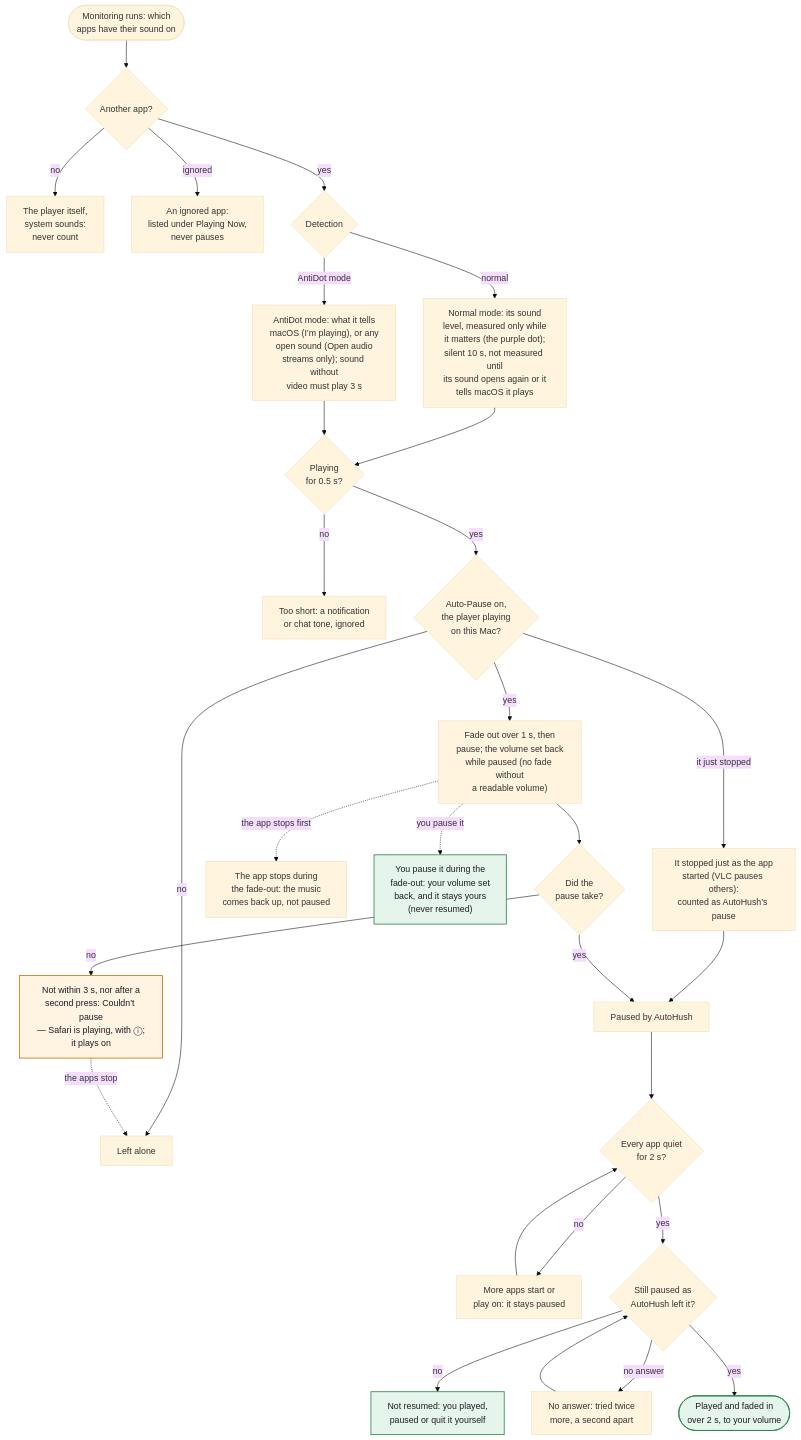
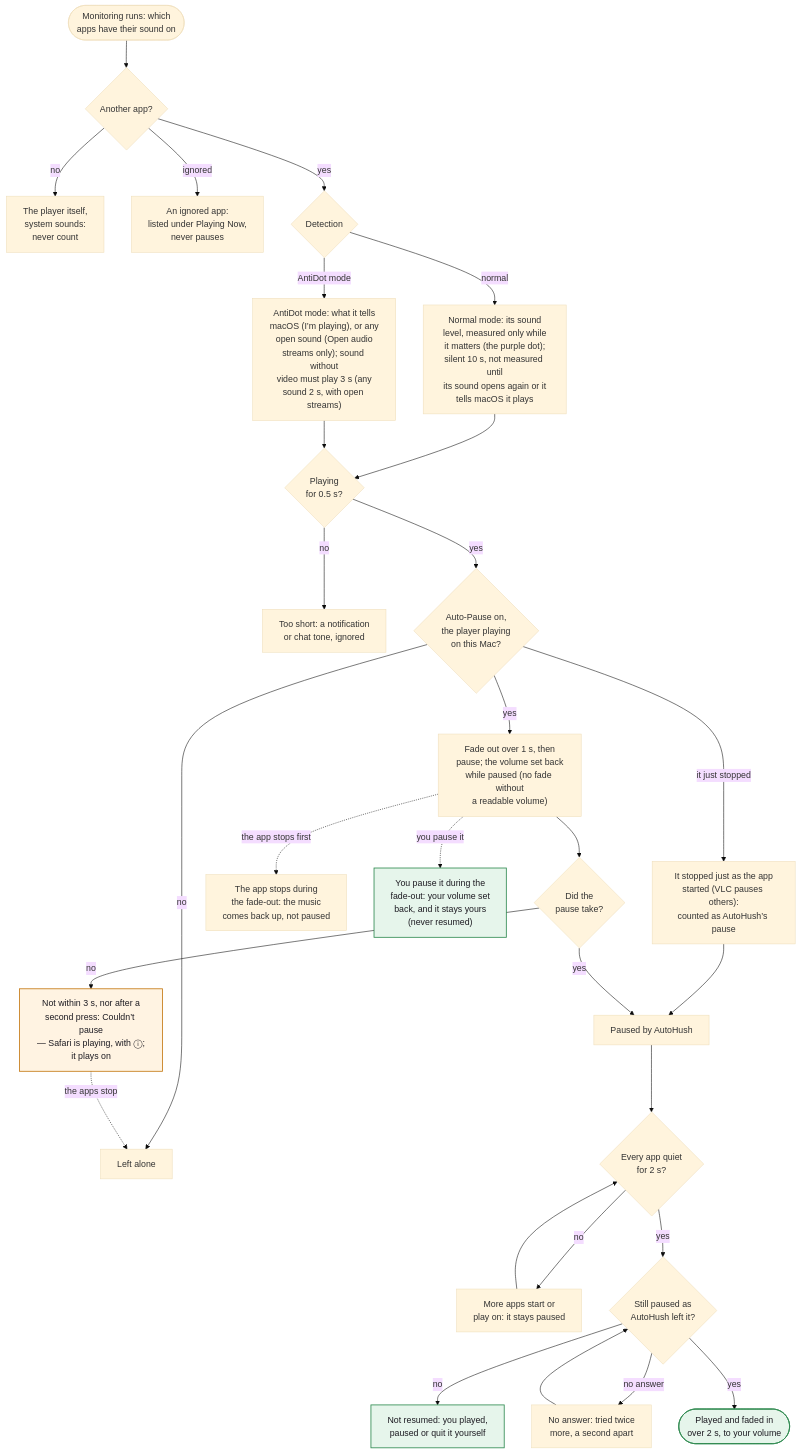
One commit to hfustercabre/AutoHush changed the third of 14 diagrams in WORKFLOWS.md. Above: the diagram before and after it, drawn with Mermaid (base theme). The commit also changed 10 other files, not shown here.

First line of the commit message:
fix: Open audio streams only ignores notification sounds

````diff
--- a/WORKFLOWS.md
+++ b/WORKFLOWS.md
@@ -136,56 +136,56 @@
 ```mermaid
 flowchart TD
   S(["Monitoring runs: which<br/>apps have their sound on"])
   F{"Another app?"}
   OWN["The player itself,<br/>system sounds:<br/>never count"]
   IGN["An ignored app:<br/>listed under Playing Now,<br/>never pauses"]
   DM{"Detection"}
   NORM["Normal mode: its sound<br/>level, measured only while<br/>it matters (the purple dot);<br/>silent 10 s, not measured until<br/>its sound opens again or it<br/>tells macOS it plays"]
-  ANTI["AntiDot mode: what it tells<br/>macOS (I’m playing), or any<br/>open sound (Open audio<br/>streams only); sound without<br/>video must play 3 s"]
+  ANTI["AntiDot mode: what it tells<br/>macOS (I’m playing), or any<br/>open sound (Open audio<br/>streams only); sound without<br/>video must play 3 s (any<br/>sound 2 s, with open streams)"]
   T{"Playing<br/>for 0.5 s?"}
   TONE["Too short: a notification<br/>or chat tone, ignored"]
   AP{"Auto-Pause on,<br/>the player playing<br/>on this Mac?"}
   LEFT["Left alone"]
   TOOK["It stopped just as the app<br/>started (VLC pauses others):<br/>counted as AutoHush’s pause"]
   FO["Fade out over 1 s, then<br/>pause; the volume set back<br/>while paused (no fade without<br/>a readable volume)"]
   BACK["The app stops during<br/>the fade-out: the music<br/>comes back up, not paused"]
   YOURS["You pause it during the<br/>fade-out: your volume set<br/>back, and it stays yours<br/>(never resumed)"]
   PC{"Did the<br/>pause take?"}
   FAIL["Not within 3 s, nor after a<br/>second press: Couldn’t pause<br/>— Safari is playing, with ⓘ;<br/>it plays on"]
   PA["Paused by AutoHush"]
   Q{"Every app quiet<br/>for 2 s?"}
   MORE["More apps start or<br/>play on: it stays paused"]
   CHK{"Still paused as<br/>AutoHush left it?"}
   USER["Not resumed: you played,<br/>paused or quit it yourself"]
   RETRY["No answer: tried twice<br/>more, a second apart"]
   FI(["Played and faded in<br/>over 2 s, to your volume"])
 
   S --> F
   F -->|"no"| OWN
   F -->|"ignored"| IGN
   F -->|"yes"| DM
   DM -->|"normal"| NORM --> T
   DM -->|"AntiDot mode"| ANTI --> T
   T -->|"no"| TONE
   T -->|"yes"| AP
   AP -->|"no"| LEFT
   AP -->|"it just stopped"| TOOK --> PA
   AP -->|"yes"| FO
   FO -.->|"the app stops first"| BACK
   FO -.->|"you pause it"| YOURS
   FO --> PC
   PC -->|"no"| FAIL
   PC -->|"yes"| PA
   FAIL -.->|"the apps stop"| LEFT
   PA --> Q
   Q -->|"no"| MORE --> Q
   Q -->|"yes"| CHK
   CHK -->|"no"| USER
   CHK -->|"no answer"| RETRY --> CHK
   CHK -->|"yes"| FI
 
   class FAIL warn
   class FI,USER,YOURS done
   classDef warn fill:#fff3e2,stroke:#c47812,stroke-width:1.5px,color:#1d1b22
   classDef done fill:#e6f5eb,stroke:#2f8a50,stroke-width:1.5px,color:#1d1b22
 ```
````
